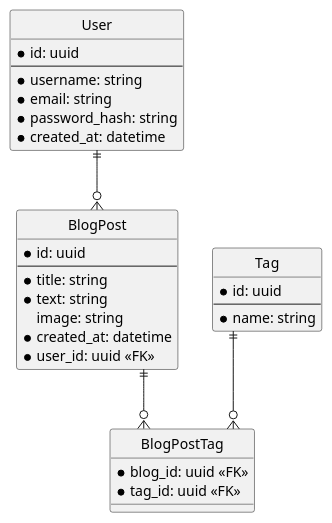
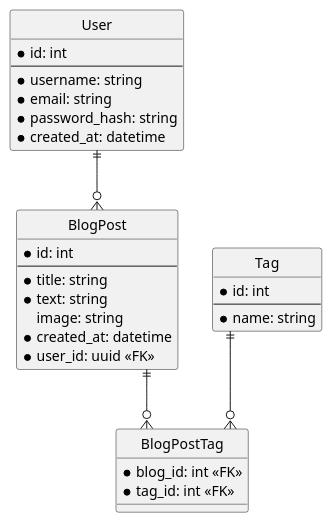
The diagram in docs/er-diagram.puml (Tomas00217/TriFrameBlog), drawn with PlantUML before and after one commit. The commit also changed 22 other files, not shown here.

```diff
--- a/docs/er-diagram.puml
+++ b/docs/er-diagram.puml
@@ -1,40 +1,40 @@
 @startuml erd
 
 hide circle
 skinparam Linetype ortho
 
 entity User {
-    * id: uuid
+    * id: int
     --
     * username: string
     * email: string
     * password_hash: string
     * created_at: datetime
 }
 
 entity BlogPost {
-    * id: uuid
+    * id: int
     --
     * title: string
     * text: string
     image: string
     * created_at: datetime
     * user_id: uuid <<FK>>
 }
 
 entity Tag {
-    * id: uuid
+    * id: int
     --
     * name: string
 }
 
 entity BlogPostTag {
-    * blog_id: uuid <<FK>>
-    * tag_id: uuid <<FK>>
+    * blog_id: int <<FK>>
+    * tag_id: int <<FK>>
 }
 
 User ||--o{ BlogPost
 BlogPost ||--o{ BlogPostTag
 Tag ||--o{ BlogPostTag
 
 @enduml
```
